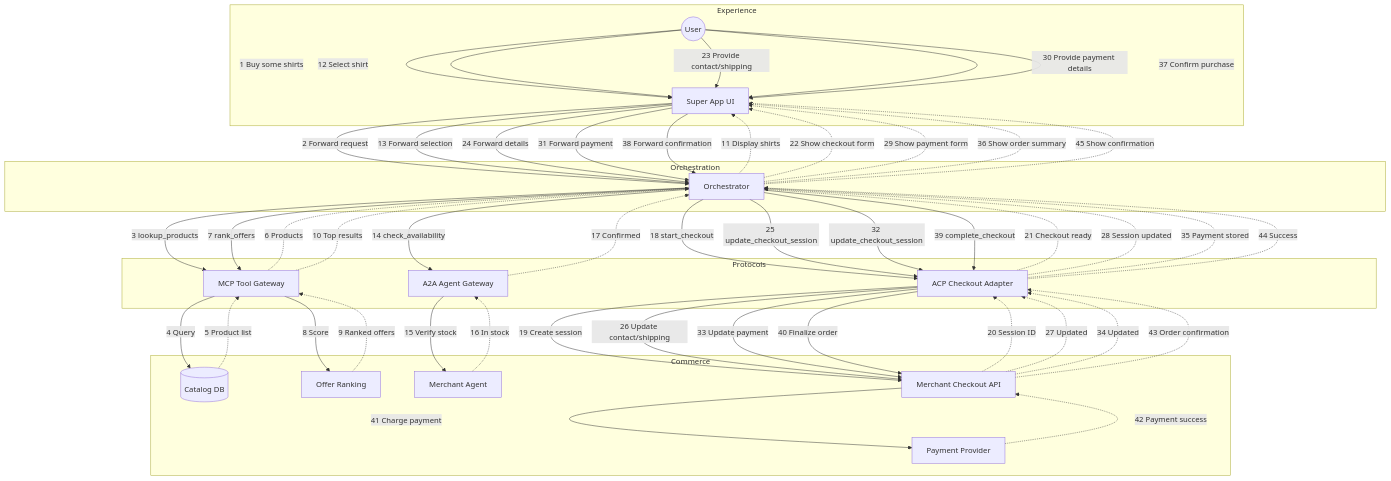
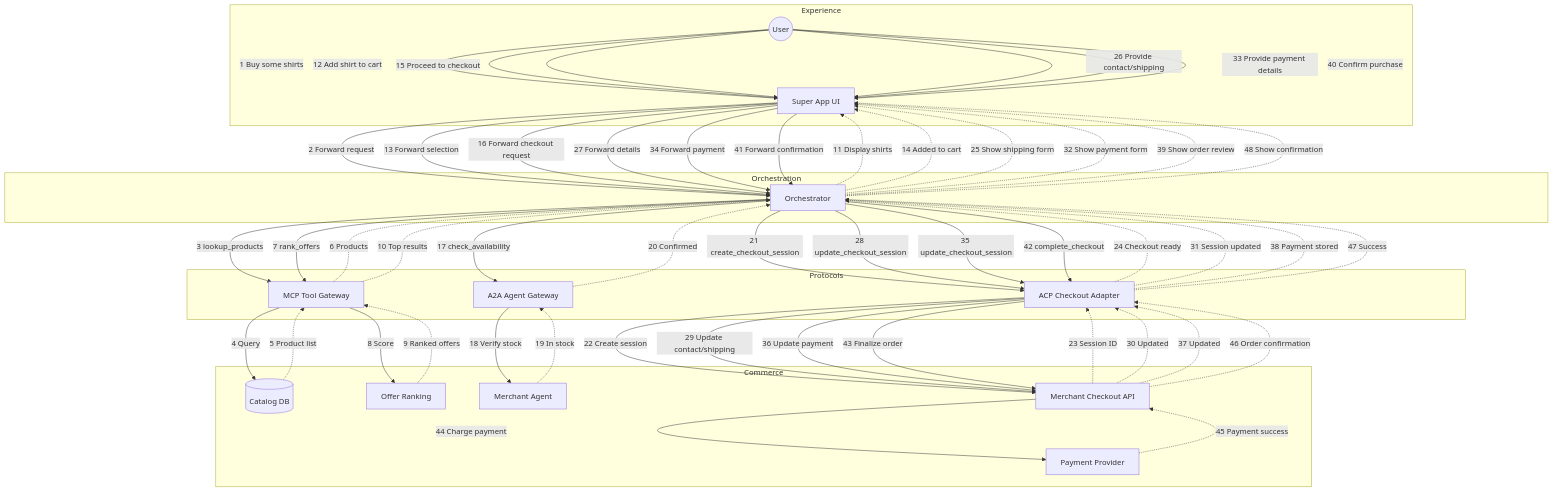
Before and after one commit to zhuohanl/agentic-commerce-protocol-demo: the second of 3 diagrams in understanding/design/layered-architecture-mvp.md, drawn with Mermaid. The commit also changed other lines of this file, not shown here.

Commit message:
Updated layered architecture design doc

````diff
--- a/understanding/design/layered-architecture-mvp.md
+++ b/understanding/design/layered-architecture-mvp.md
@@ -354,6 +354,8 @@
     PSP[Payment Provider]
 end
 
+%% CONVERSATION MODE (LLM-driven: discovery + cart)
+
 User -->|1 Buy some shirts| UI
 UI -->|2 Forward request| Orch
 
@@ -369,47 +371,53 @@
 
 Orch -.->|11 Display shirts| UI
 
-User -->|12 Select shirt| UI
+User -->|12 Add shirt to cart| UI
 UI -->|13 Forward selection| Orch
+Orch -.->|14 Added to cart| UI
 
-Orch -->|14 check_availability| A2A
-A2A -->|15 Verify stock| MerchantAgent
-MerchantAgent -.->|16 In stock| A2A
-A2A -.->|17 Confirmed| Orch
+User -->|15 Proceed to checkout| UI
+UI -->|16 Forward checkout request| Orch
 
-Orch -->|18 start_checkout| ACP
-ACP -->|19 Create session| MerchantAPI
-MerchantAPI -.->|20 Session ID| ACP
-ACP -.->|21 Checkout ready| Orch
+Orch -->|17 check_availability| A2A
+A2A -->|18 Verify stock| MerchantAgent
+MerchantAgent -.->|19 In stock| A2A
+A2A -.->|20 Confirmed| Orch
 
-Orch -.->|22 Show checkout form| UI
+Orch -->|21 create_checkout_session| ACP
+ACP -->|22 Create session| MerchantAPI
+MerchantAPI -.->|23 Session ID| ACP
+ACP -.->|24 Checkout ready| Orch
 
-User -->|23 Provide contact/shipping| UI
-UI -->|24 Forward details| Orch
-Orch -->|25 update_checkout_session| ACP
-ACP -->|26 Update contact/shipping| MerchantAPI
-MerchantAPI -.->|27 Updated| ACP
-ACP -.->|28 Session updated| Orch
-Orch -.->|29 Show payment form| UI
+%% WORKFLOW MODE (DAG-driven: shipping > payment > review > confirm)
 
-User -->|30 Provide payment details| UI
-UI -->|31 Forward payment| Orch
-Orch -->|32 update_checkout_session| ACP
-ACP -->|33 Update payment| MerchantAPI
-MerchantAPI -.->|34 Updated| ACP
-ACP -.->|35 Payment stored| Orch
-Orch -.->|36 Show order summary| UI
+Orch -.->|25 Show shipping form| UI
 
-User -->|37 Confirm purchase| UI
-UI -->|38 Forward confirmation| Orch
+User -->|26 Provide contact/shipping| UI
+UI -->|27 Forward details| Orch
+Orch -->|28 update_checkout_session| ACP
+ACP -->|29 Update contact/shipping| MerchantAPI
+MerchantAPI -.->|30 Updated| ACP
+ACP -.->|31 Session updated| Orch
+Orch -.->|32 Show payment form| UI
 
-Orch -->|39 complete_checkout| ACP
-ACP -->|40 Finalize order| MerchantAPI
-MerchantAPI -->|41 Charge payment| PSP
-PSP -.->|42 Payment success| MerchantAPI
+User -->|33 Provide payment details| UI
+UI -->|34 Forward payment| Orch
+Orch -->|35 update_checkout_session| ACP
+ACP -->|36 Update payment| MerchantAPI
+MerchantAPI -.->|37 Updated| ACP
+ACP -.->|38 Payment stored| Orch
+Orch -.->|39 Show order review| UI
 
-MerchantAPI -.->|43 Order confirmation| ACP
-ACP -.->|44 Success| Orch
+User -->|40 Confirm purchase| UI
+UI -->|41 Forward confirmation| Orch
 
-Orch -.->|45 Show confirmation| UI
+Orch -->|42 complete_checkout| ACP
+ACP -->|43 Finalize order| MerchantAPI
+MerchantAPI -->|44 Charge payment| PSP
+PSP -.->|45 Payment success| MerchantAPI
+
+MerchantAPI -.->|46 Order confirmation| ACP
+ACP -.->|47 Success| Orch
+
+Orch -.->|48 Show confirmation| UI
 ```
````
